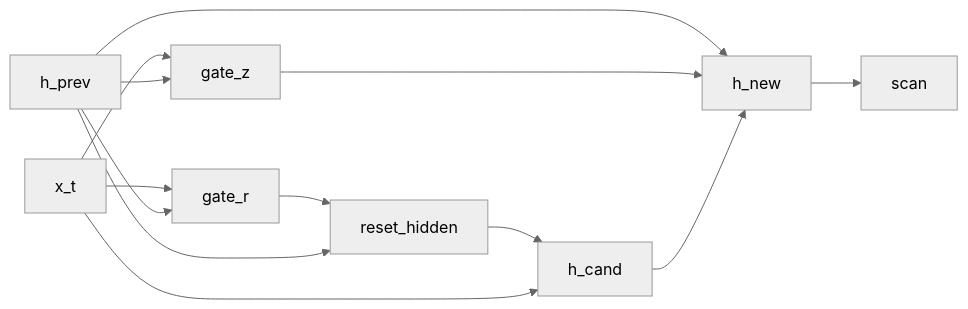
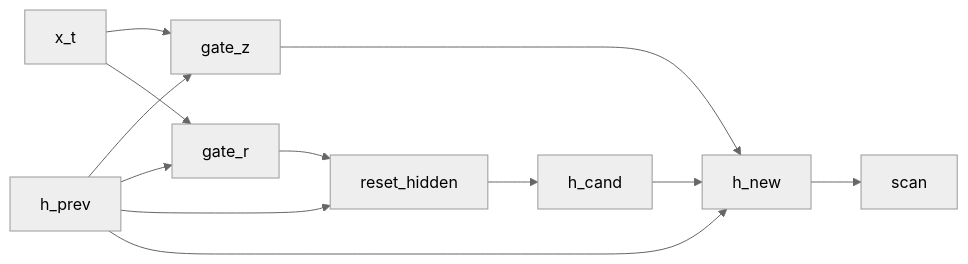
The diagram in docs/examples/gru-lm.md (FACTSlab/quivers), drawn with Mermaid (neutral theme) before and after one commit. The commit also changed other lines of this file and 548 other files, not shown here.

````diff
--- a/docs/examples/gru-lm.md
+++ b/docs/examples/gru-lm.md
@@ -59,15 +88,14 @@
 ```mermaid
 flowchart LR
     x_t["x_t"] --> gate_z["gate_z"]
     x_t["x_t"] --> gate_r["gate_r"]
     h_prev["h_prev"] --> gate_z["gate_z"]
     h_prev["h_prev"] --> gate_r["gate_r"]
     gate_r["gate_r"] --> reset_hidden["reset_hidden"]
     h_prev["h_prev"] --> reset_hidden["reset_hidden"]
     reset_hidden["reset_hidden"] --> h_cand["h_cand"]
-    x_t["x_t"] --> h_cand["h_cand"]
     h_prev["h_prev"] --> h_new["h_new"]
     gate_z["gate_z"] --> h_new["h_new"]
     h_cand["h_cand"] --> h_new["h_new"]
     h_new["h_new"] --> scan["scan"]
 ```
````
